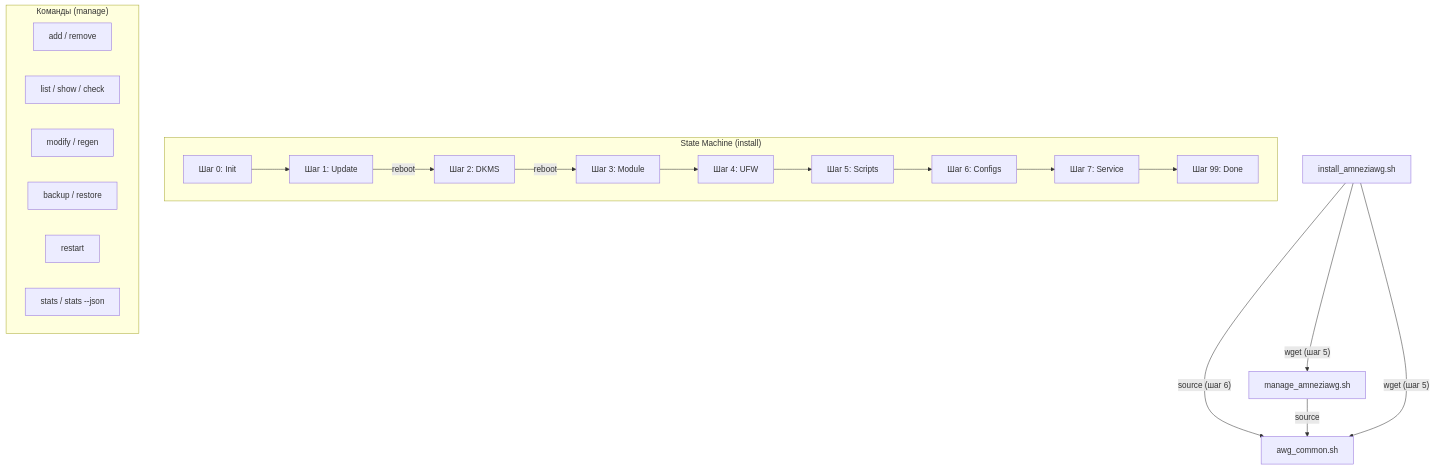
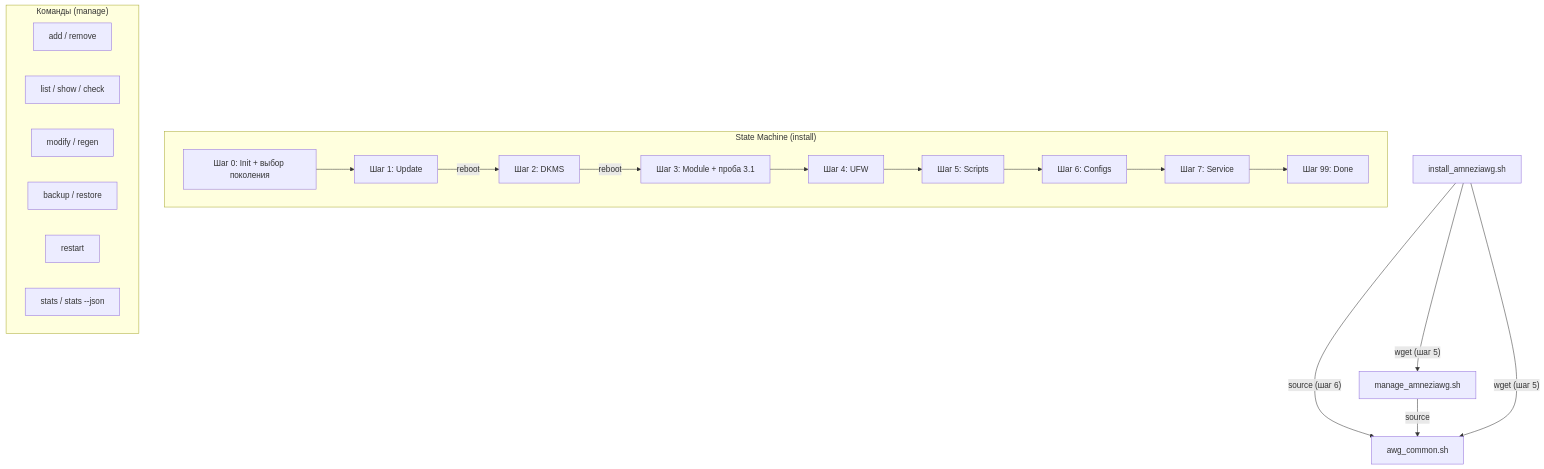
Before and after one commit to bivlked/amneziawg-installer: the diagram in ADVANCED.md, drawn with Mermaid. The commit also changed other lines of this file and 3 other files, not shown here.

````diff
--- a/ADVANCED.md
+++ b/ADVANCED.md
@@ -1053,27 +1185,27 @@
 ```mermaid
 graph TD
     A[install_amneziawg.sh] -->|"source (шаг 6)"| C[awg_common.sh]
     B[manage_amneziawg.sh] -->|"source"| C
     A -->|"wget (шаг 5)"| B
     A -->|"wget (шаг 5)"| C
 
     subgraph "State Machine (install)"
-        S0[Шаг 0: Init] --> S1[Шаг 1: Update]
+        S0[Шаг 0: Init + выбор поколения] --> S1[Шаг 1: Update]
         S1 -->|reboot| S2[Шаг 2: DKMS]
-        S2 -->|reboot| S3[Шаг 3: Module]
+        S2 -->|reboot| S3[Шаг 3: Module + проба 3.1]
         S3 --> S4[Шаг 4: UFW]
         S4 --> S5[Шаг 5: Scripts]
         S5 --> S6[Шаг 6: Configs]
         S6 --> S7[Шаг 7: Service]
         S7 --> S99[Шаг 99: Done]
     end
 
     subgraph "Команды (manage)"
         M1[add / remove]
         M2[list / show / check]
         M3[modify / regen]
         M4[backup / restore]
         M5[restart]
         M6[stats / stats --json]
     end
 ```
````
